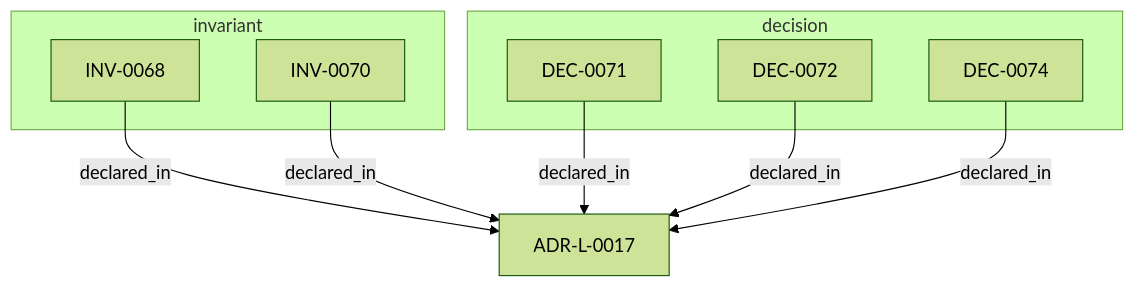
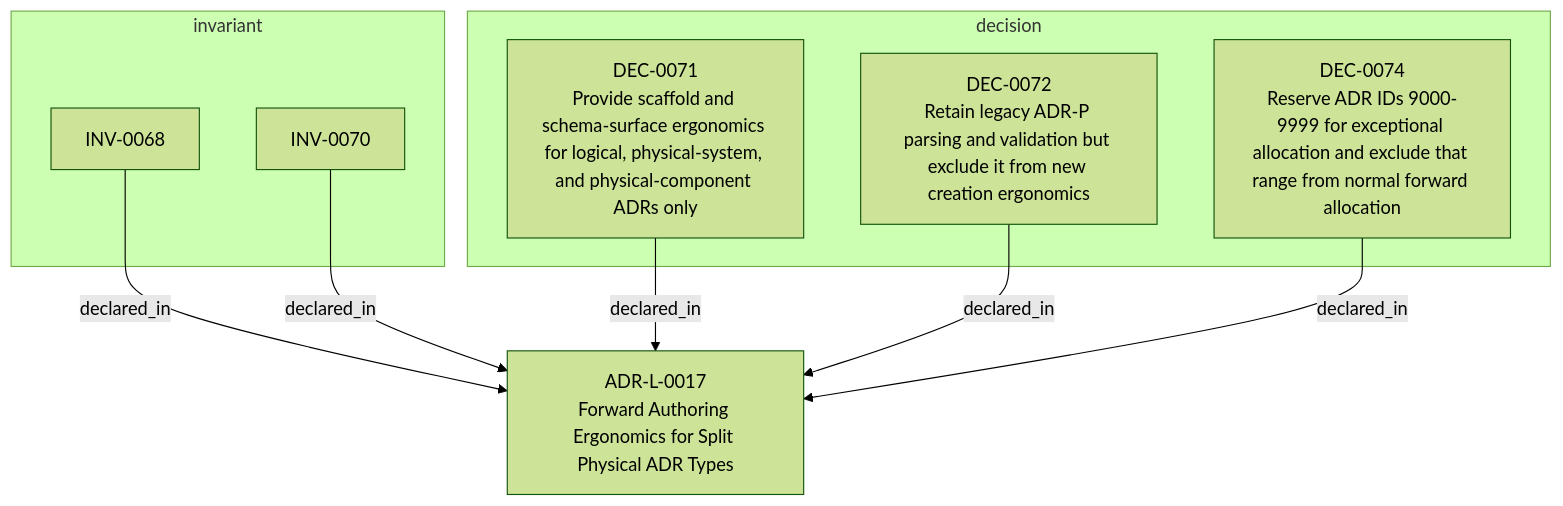
The diagram in adrs/adr-projection/logical/ADR-L-0017-forward-authoring-ergonomics-for-split-physical-adr-types.md (egallmann/adr-architecture-kit), drawn with Mermaid (forest theme) before and after one commit. The commit also changed other lines of this file and 35 other files, not shown here.

````diff
--- a/adrs/adr-projection/logical/ADR-L-0017-forward-authoring-ergonomics-for-split-physical-adr-types.md
+++ b/adrs/adr-projection/logical/ADR-L-0017-forward-authoring-ergonomics-for-split-physical-adr-types.md
@@ -62,18 +62,18 @@
 ```mermaid
 flowchart TB
-  n_019fee89_e617_7ff5_863b_1eef71637b0f["ADR-L-0017"]
+  n_019fee89_e617_7ff5_863b_1eef71637b0f["ADR-L-0017<br/>Forward Authoring Ergonomics for Split Physical ADR Types"]
   subgraph sg_decision["decision"]
-    n_019fee89_e617_75dd_852f_1d06d442695b["DEC-0071"]
-    n_019fee89_e617_748e_863d_42268f44175f["DEC-0072"]
-    n_019fee89_e617_7a09_bc37_afd7ae0f2927["DEC-0074"]
+    n_019fee89_e617_75dd_852f_1d06d442695b["DEC-0071<br/>Provide scaffold and schema-surface ergonomics for logical, physical-system, and physical-component ADRs only"]
+    n_019fee89_e617_748e_863d_42268f44175f["DEC-0072<br/>Retain legacy ADR-P parsing and validation but exclude it from new creation ergonomics"]
+    n_019fee89_e617_7a09_bc37_afd7ae0f2927["DEC-0074<br/>Reserve ADR IDs 9000-9999 for exceptional allocation and exclude that range from normal forward allocation"]
   end
   subgraph sg_invariant["invariant"]
     n_019fee89_e617_761d_950b_c04d97e04c56["INV-0068"]
     n_019fee89_e617_723f_aa1f_e1c5b7f3a3e5["INV-0070"]
   end
   n_019fee89_e617_723f_aa1f_e1c5b7f3a3e5 -->|"declared_in"| n_019fee89_e617_7ff5_863b_1eef71637b0f
   n_019fee89_e617_748e_863d_42268f44175f -->|"declared_in"| n_019fee89_e617_7ff5_863b_1eef71637b0f
   n_019fee89_e617_75dd_852f_1d06d442695b -->|"declared_in"| n_019fee89_e617_7ff5_863b_1eef71637b0f
   n_019fee89_e617_761d_950b_c04d97e04c56 -->|"declared_in"| n_019fee89_e617_7ff5_863b_1eef71637b0f
   n_019fee89_e617_7a09_bc37_afd7ae0f2927 -->|"declared_in"| n_019fee89_e617_7ff5_863b_1eef71637b0f
 ```
````
